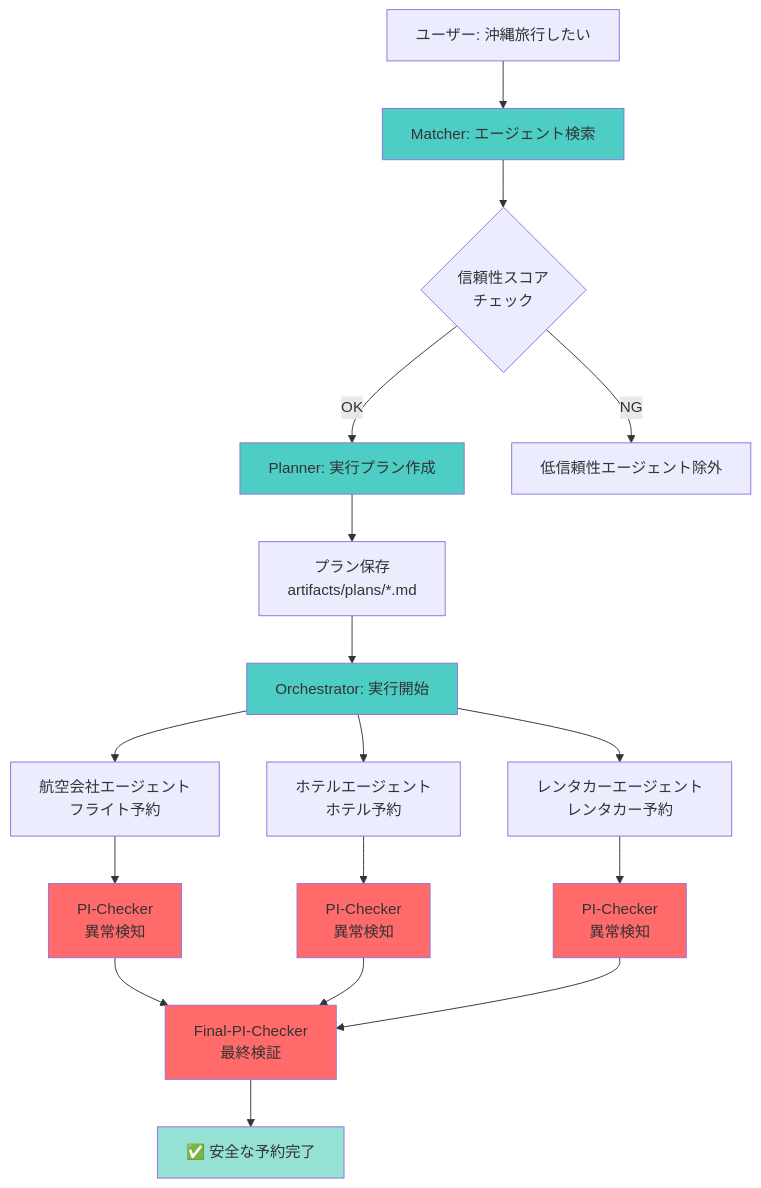
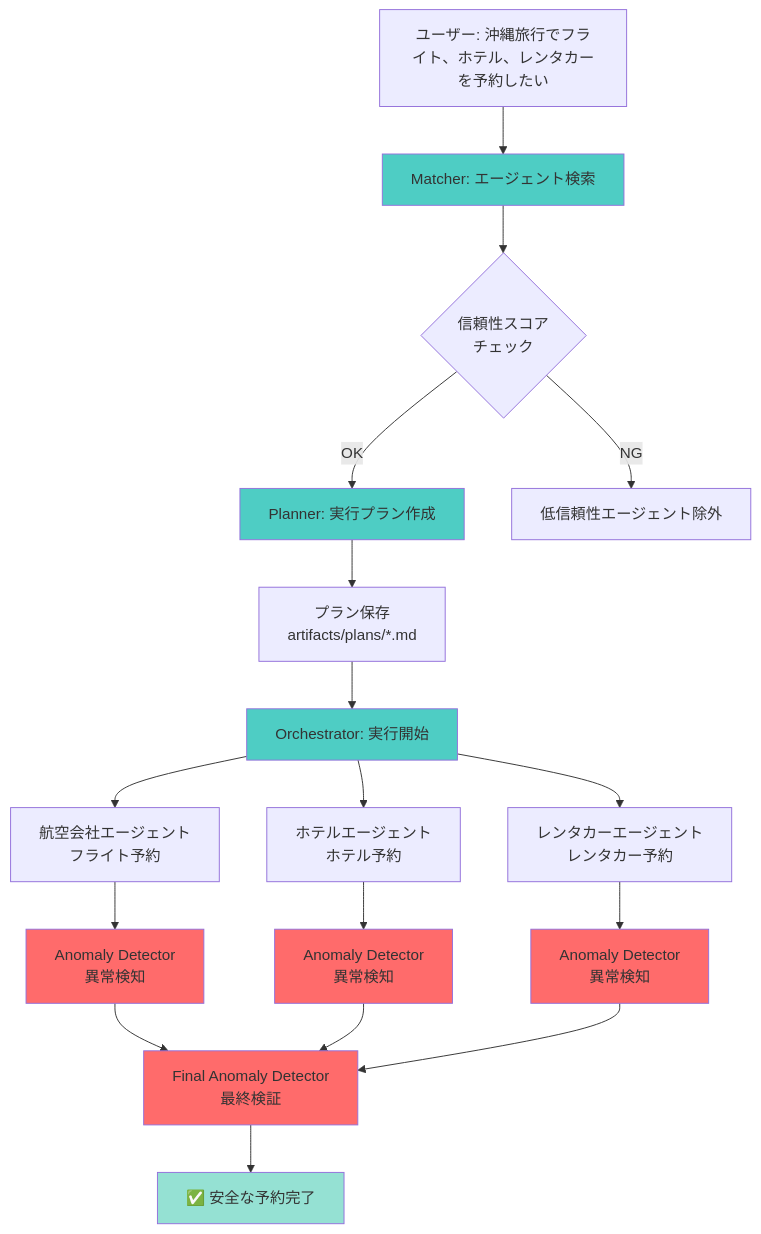
One commit to TaichiHiromatsu/secure-ai-agent-matching-platform changed the first of 2 diagrams in docs/demo/secure_mediation_agent/secure_mediation_agent_demo.md. Above: the diagram before and after it, drawn with Mermaid. The commit also changed other lines of this file and 2 other files, not shown here.

````diff
--- a/docs/demo/secure_mediation_agent/secure_mediation_agent_demo.md
+++ b/docs/demo/secure_mediation_agent/secure_mediation_agent_demo.md
@@ -63,33 +67,33 @@
 ```mermaid
 graph TB
-    Start[ユーザー: 沖縄旅行したい] --> M[Matcher: エージェント検索]
+    Start[ユーザー: 沖縄旅行でフライト、ホテル、レンタカーを予約したい] --> M[Matcher: エージェント検索]
     M --> T{信頼性スコア<br/>チェック}
     T -->|OK| P[Planner: 実行プラン作成]
     T -->|NG| Reject[低信頼性エージェント除外]
 
     P --> Save[プラン保存<br/>artifacts/plans/*.md]
     Save --> O[Orchestrator: 実行開始]
 
     O --> A1[航空会社エージェント<br/>フライト予約]
     O --> A2[ホテルエージェント<br/>ホテル予約]
     O --> A3[レンタカーエージェント<br/>レンタカー予約]
 
-    A1 --> Check1[PI-Checker<br/>異常検知]
-    A2 --> Check2[PI-Checker<br/>異常検知]
-    A3 --> Check3[PI-Checker<br/>異常検知]
+    A1 --> Check1[Anomaly Detector<br/>異常検知]
+    A2 --> Check2[Anomaly Detector<br/>異常検知]
+    A3 --> Check3[Anomaly Detector<br/>異常検知]
 
-    Check1 --> Final[Final-PI-Checker<br/>最終検証]
+    Check1 --> Final[Final Anomaly Detector<br/>最終検証]
     Check2 --> Final
     Check3 --> Final
 
     Final --> Result[✅ 安全な予約完了]
 
     style M fill:#4ecdc4
     style P fill:#4ecdc4
     style O fill:#4ecdc4
     style Check1 fill:#ff6b6b
     style Check2 fill:#ff6b6b
     style Check3 fill:#ff6b6b
     style Final fill:#ff6b6b
     style Result fill:#95e1d3
 ```
````
